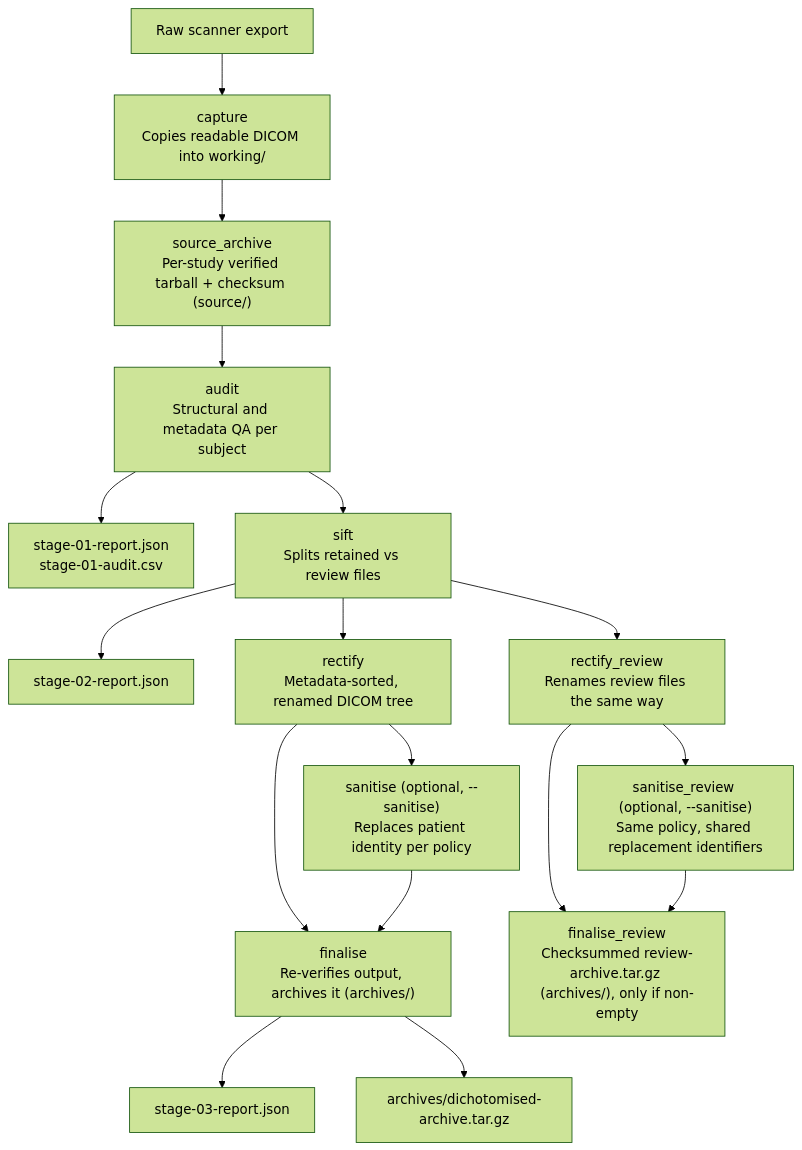
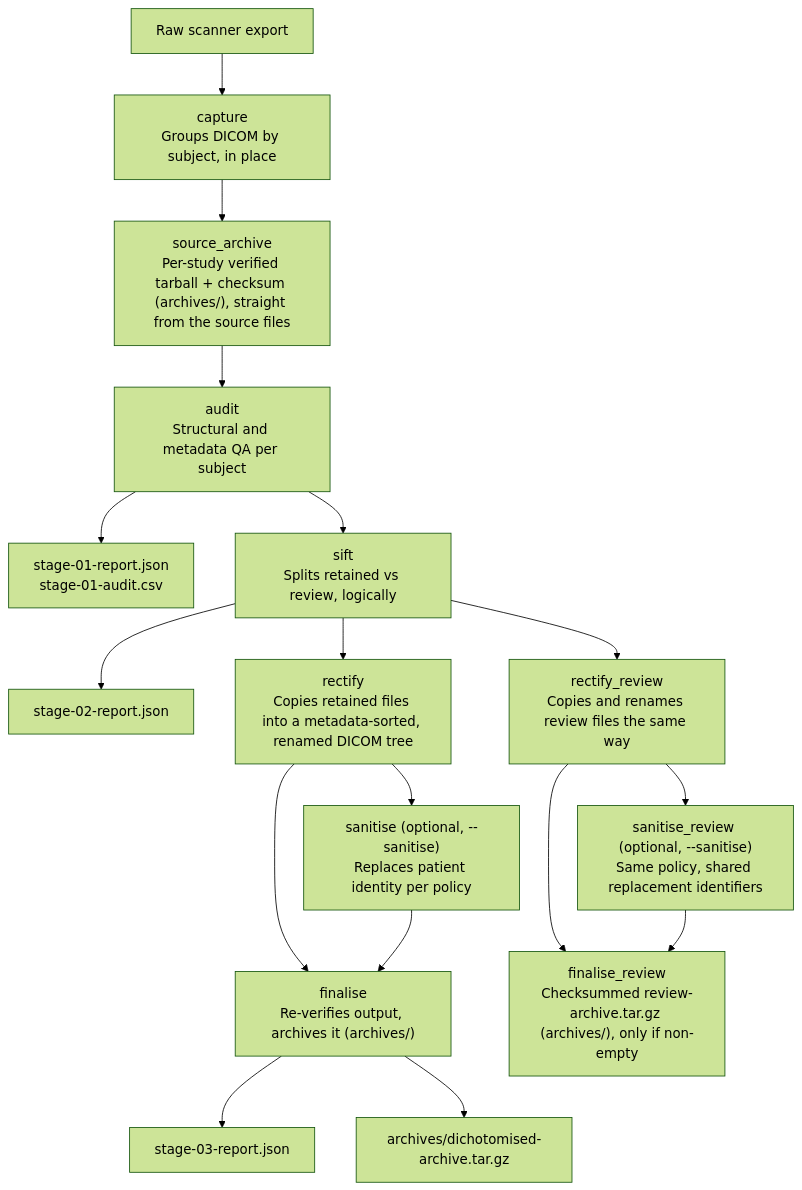
The diagram in README.md (srikash/dichotomise), drawn with Mermaid (forest theme) before and after one commit. The commit also changed other lines of this file and 27 other files, not shown here.

First line of the commit message:
v2.6.0: reduce DICOM copying, numeric audit sort, --keep-unzipped

````diff
--- a/README.md
+++ b/README.md
@@ -418,19 +426,19 @@
 ```mermaid
 flowchart TD
-    SOURCE["Raw scanner export"] --> CAPTURE["capture<br/>Copies readable DICOM into working/"]
-    CAPTURE --> ARCHIVE["source_archive<br/>Per-study verified tarball + checksum (source/)"]
+    SOURCE["Raw scanner export"] --> CAPTURE["capture<br/>Groups DICOM by subject, in place"]
+    CAPTURE --> ARCHIVE["source_archive<br/>Per-study verified tarball + checksum (archives/), straight from the source files"]
     ARCHIVE --> AUDIT["audit<br/>Structural and metadata QA per subject"]
     AUDIT --> REPORT1["stage-01-report.json<br/>stage-01-audit.csv"]
-    AUDIT --> SIFT["sift<br/>Splits retained vs review files"]
+    AUDIT --> SIFT["sift<br/>Splits retained vs review, logically"]
     SIFT --> REPORT2["stage-02-report.json"]
-    SIFT --> RECTIFY["rectify<br/>Metadata-sorted, renamed DICOM tree"]
-    SIFT --> REVIEW_RECTIFY["rectify_review<br/>Renames review files the same way"]
+    SIFT --> RECTIFY["rectify<br/>Copies retained files into a metadata-sorted, renamed DICOM tree"]
+    SIFT --> REVIEW_RECTIFY["rectify_review<br/>Copies and renames review files the same way"]
     RECTIFY --> SANITISE["sanitise (optional, --sanitise)<br/>Replaces patient identity per policy"]
     REVIEW_RECTIFY --> SANITISE_REVIEW["sanitise_review (optional, --sanitise)<br/>Same policy, shared replacement identifiers"]
     RECTIFY --> FINALISE["finalise<br/>Re-verifies output, archives it (archives/)"]
     SANITISE --> FINALISE
     REVIEW_RECTIFY --> REVIEW_ARCHIVE["finalise_review<br/>Checksummed review-archive.tar.gz (archives/), only if non-empty"]
     SANITISE_REVIEW --> REVIEW_ARCHIVE
     FINALISE --> REPORT3["stage-03-report.json"]
     FINALISE --> ARCHIVES["archives/dichotomised-archive.tar.gz"]
 ```
````
